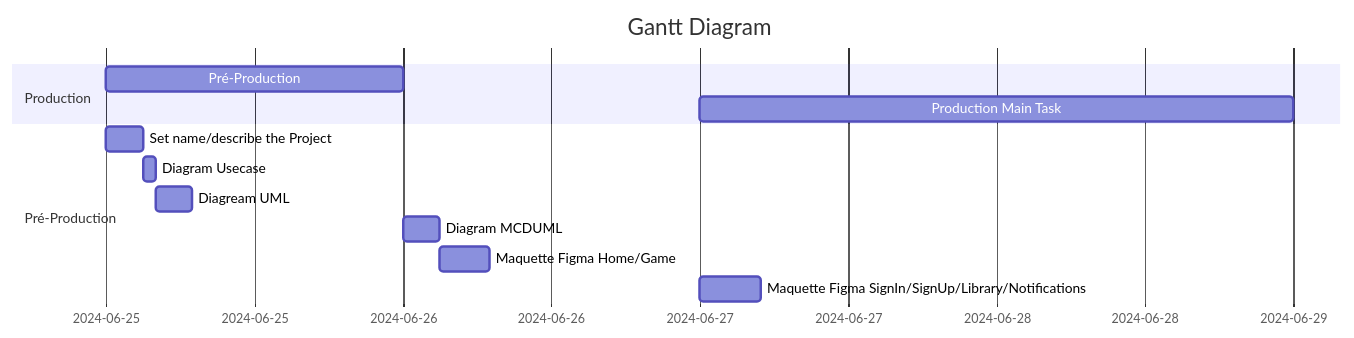
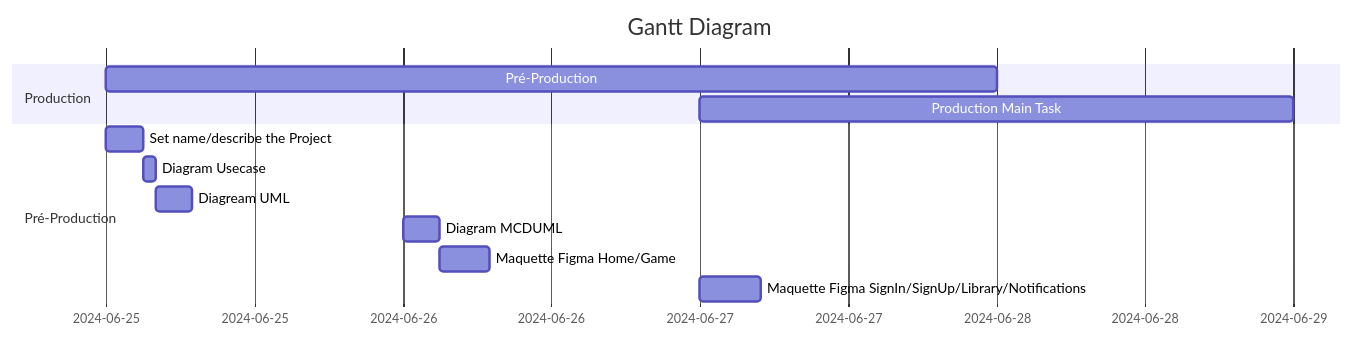
The first of 3 diagrams in README.md (JameS-Gmz/api-Rest), drawn with Mermaid before and after one commit.

````diff
--- a/README.md
+++ b/README.md
@@ -48,15 +48,15 @@
 ```mermaid
 gantt
     title Gantt Diagram
     dateFormat YYYY-MM-DD
     section Production
-        Pré-Production   :a1, 2024-06-25, 1d
+        Pré-Production   :a1, 2024-06-25, 3d
         Production Main Task : 2024-06-27, 2d
     section Pré-Production
         Set name/describe the Project :2024-06-25, 3h
         Diagram Usecase  : 1h
         Diagream UML : 3h
         Diagram MCDUML : 2024-06-26, 3h
         Maquette Figma Home/Game : 4h
         Maquette Figma SignIn/SignUp/Library/Notifications : 2024-06-27,5h
 ```
````
